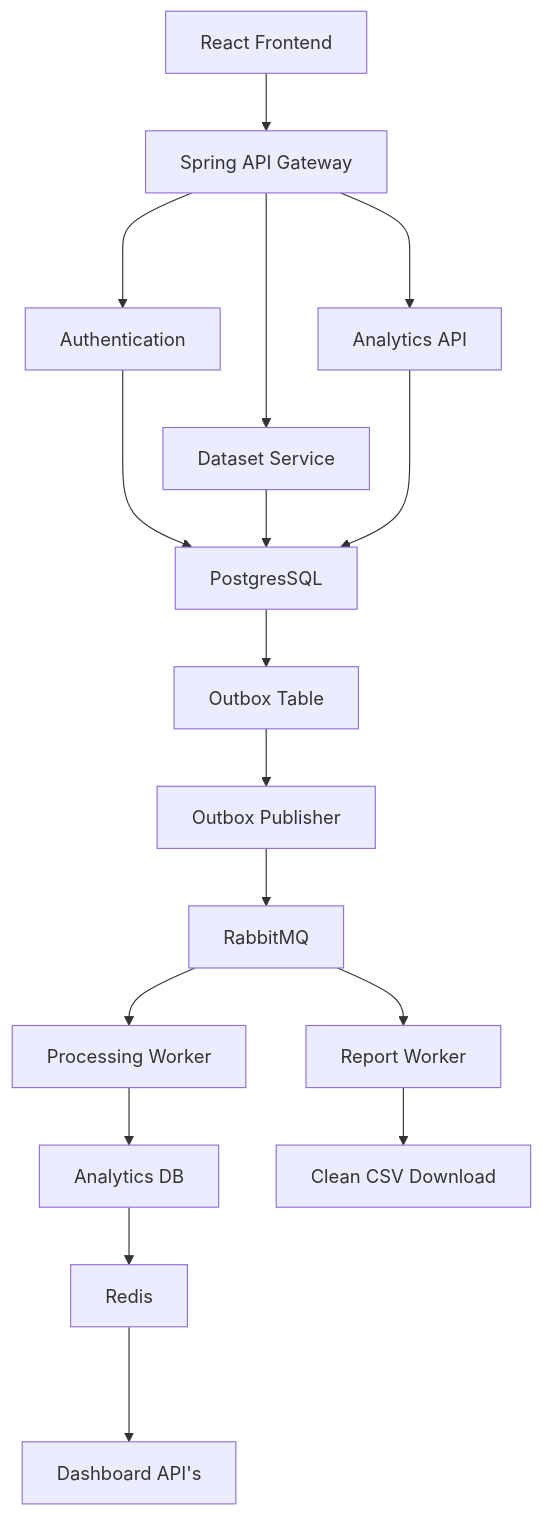
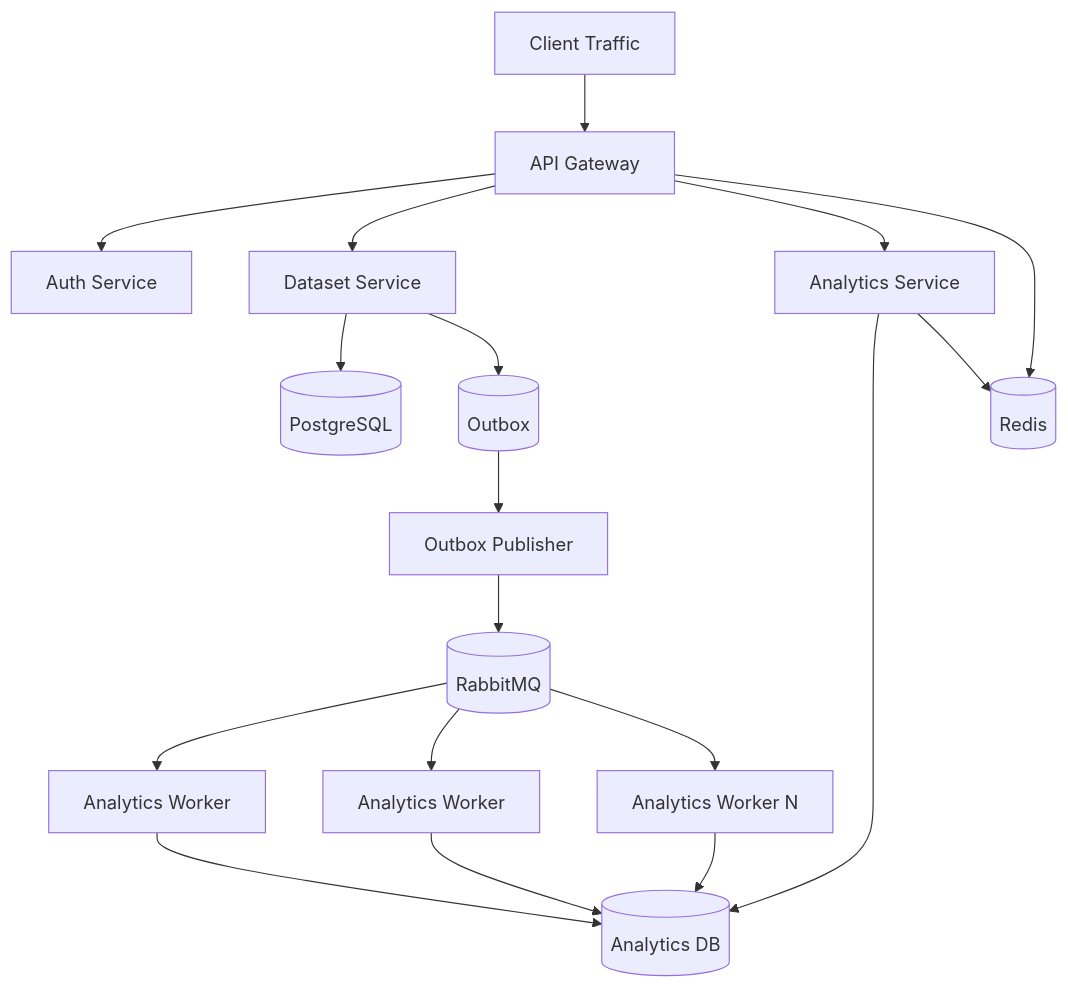
Before and after one commit to sourav-harsh/InsightFlow: diagram 20 of 22 in README.md, drawn with Mermaid. The commit also changed other lines of this file, not shown here.

````diff
--- a/README.md
+++ b/README.md
@@ -79,9 +919,26 @@
 ```mermaid
-flowchart TD
- A[React Frontend] --> B[Spring API Gateway] ---> C[Authentication]--->F 
- B --> D[Dataset Service]-->F[PostgresSQL]
- B --> E[Analytics API]--->F
-F-->G[Outbox Table]--> H[Outbox Publisher]--> I[RabbitMQ]
-I-->J[Processing Worker]--> K[Analytics DB]--> L[Redis]---> M[Dashboard API's]
-I--> N[Report Worker]--> O[Clean CSV Download]
+flowchart TB
+    Internet[Client Traffic] --> Gateway[API Gateway]
+
+    Gateway --> Auth[Auth Service]
+    Gateway --> Dataset[Dataset Service]
+    Gateway --> Analytics[Analytics Service]
+
+    Dataset --> PostgreSQL[(PostgreSQL)]
+    Dataset --> Outbox[(Outbox)]
+
+    Outbox --> Publisher[Outbox Publisher]
+    Publisher --> RabbitMQ[(RabbitMQ)]
+
+    RabbitMQ --> Worker1[Analytics Worker]
+    RabbitMQ --> Worker2[Analytics Worker]
+    RabbitMQ --> WorkerN[Analytics Worker N]
+
+    Worker1 --> AnalyticsDB[(Analytics DB)]
+    Worker2 --> AnalyticsDB
+    WorkerN --> AnalyticsDB
+
+    Analytics --> AnalyticsDB
+    Analytics --> Redis[(Redis)]
+    Gateway --> Redis
 ```
````
